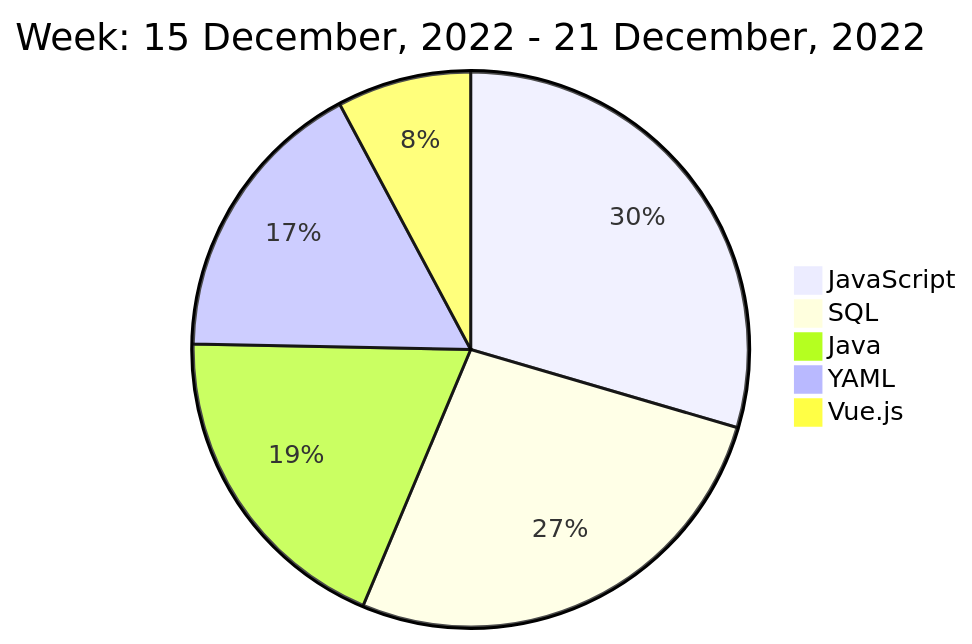
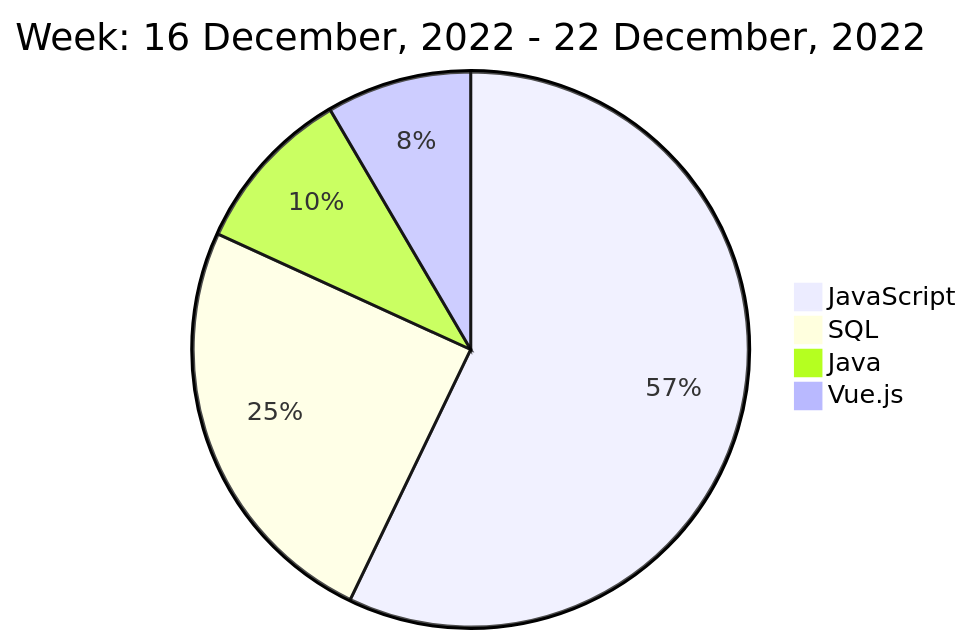
The diagram in README.md (liubin95/liubin95), drawn with Mermaid before and after one commit.

Commit message:
Updated the Graph with new Metrics

````diff
--- a/README.md
+++ b/README.md
@@ -40,9 +40,8 @@
 ```mermaid
  pie
-title Week: 15 December, 2022 - 21 December, 2022
- "JavaScript" : 1.4
- "SQL" : 1.27
- "Java" : 0.9
- "YAML" : 0.8
- "Vue.js" : 0.37
+title Week: 16 December, 2022 - 22 December, 2022
+ "JavaScript" : 0.88
+ "SQL" : 0.38
+ "Java" : 0.15
+ "Vue.js" : 0.13
 ```
````
